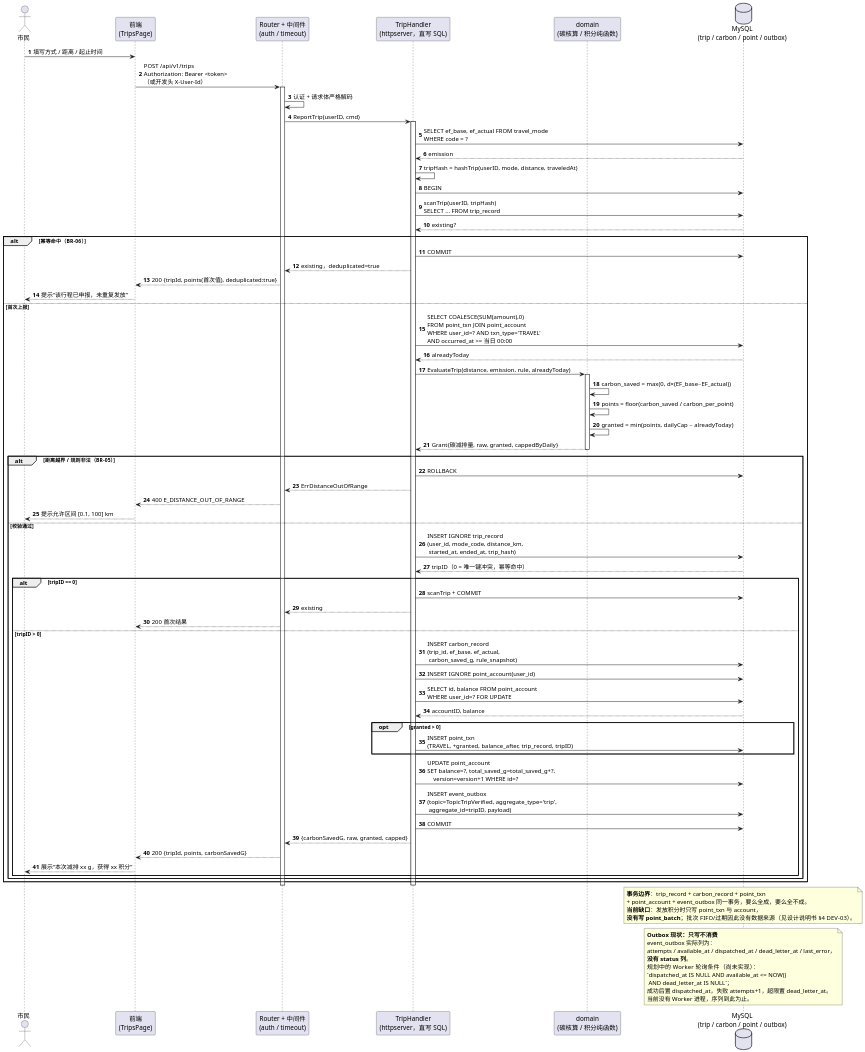
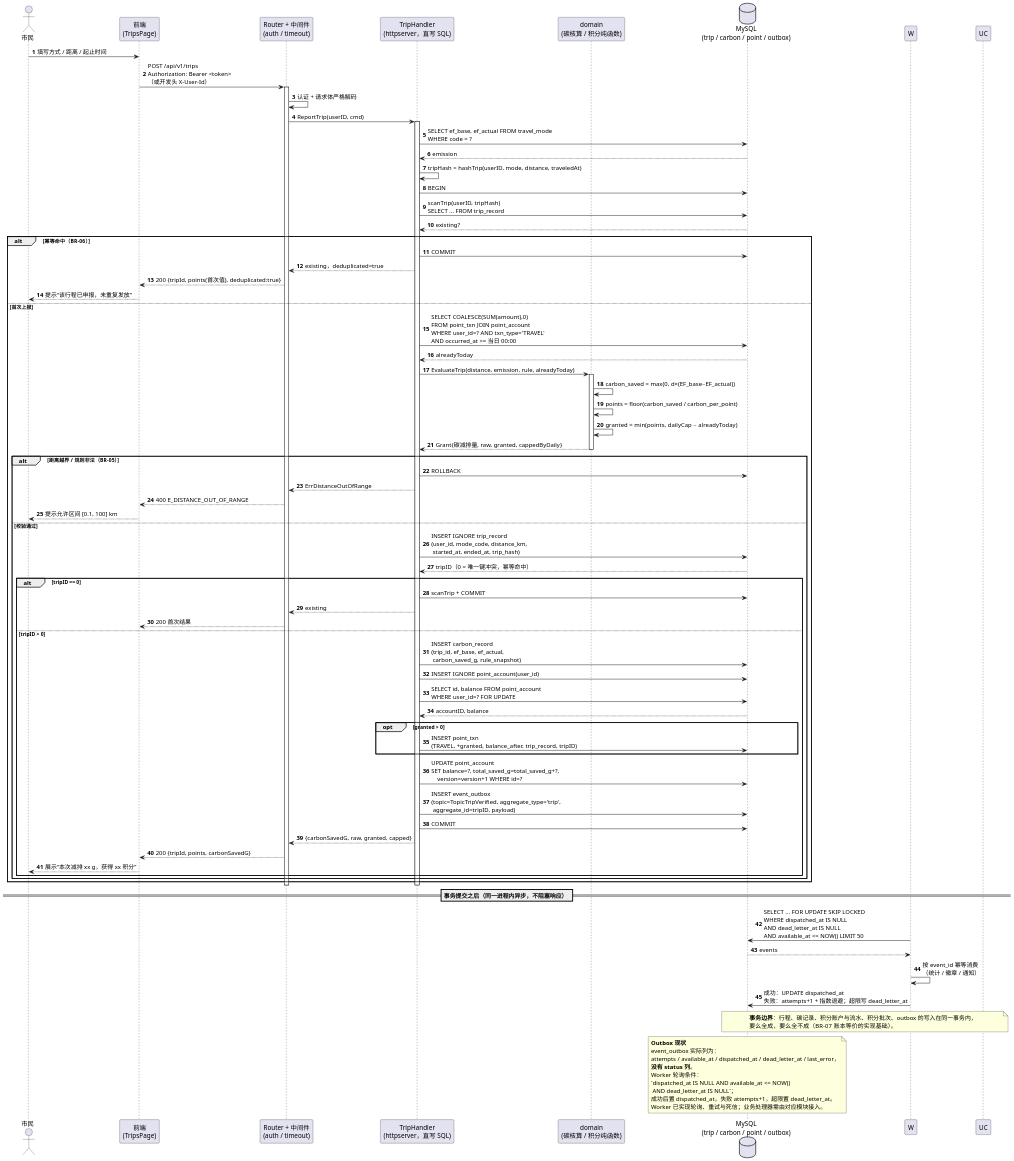
The diagram in docs/uml/09-序列图-行程上报.puml (chiyan11/green-travel-points), drawn with PlantUML before and after one commit. The commit also changed 9 other files, not shown here.

```diff
--- a/docs/uml/09-序列图-行程上报.puml
+++ b/docs/uml/09-序列图-行程上报.puml
@@ -1,98 +1,103 @@
 @startuml 图2-4 序列图：上报出行行程（UC-02 用例实现）
 ' 依据：需求规格说明书 §2.3.2 UC-02；实际代码 apps/api/internal/httpserver/trips.go（2026-11-24）
 ' 事实：没有 internal/usecase；TripHandler 直接持有 *sql.DB；Token 为自签 HMAC，不是标准 JWT
 
 skinparam defaultFontName "Microsoft YaHei"
 skinparam dpi 150
 skinparam shadowing false
 autonumber
 
 actor "市民" as U
 participant "前端\n(TripsPage)" as FE
 participant "Router + 中间件\n(auth / timeout)" as API
 participant "TripHandler\n(httpserver，直写 SQL)" as H
 participant "domain\n(碳核算 / 积分纯函数)" as D
 database "MySQL\n(trip / carbon / point / outbox)" as DB
 
 U -> FE : 填写方式 / 距离 / 起止时间
 FE -> API : POST /api/v1/trips\nAuthorization: Bearer <token>\n（或开发头 X-User-Id）
 activate API
 API -> API : 认证 + 请求体严格解码
 API -> H : ReportTrip(userID, cmd)
 activate H
 
 H -> DB : SELECT ef_base, ef_actual FROM travel_mode\nWHERE code = ?
 DB --> H : emission
 H -> H : tripHash = hashTrip(userID, mode, distance, traveledAt)
 H -> DB : BEGIN
 H -> DB : scanTrip(userID, tripHash)\nSELECT ... FROM trip_record
 DB --> H : existing?
 
 alt 幂等命中（BR-06）
   H -> DB : COMMIT
   H --> API : existing，deduplicated=true
   API --> FE : 200 {tripId, points(首次值), deduplicated:true}
   FE --> U : 提示“该行程已申报，未重复发放”
 else 首次上报
   H -> DB : SELECT COALESCE(SUM(amount),0)\nFROM point_txn JOIN point_account\nWHERE user_id=? AND txn_type='TRAVEL'\nAND occurred_at >= 当日 00:00
   DB --> H : alreadyToday
   H -> D : EvaluateTrip(distance, emission, rule, alreadyToday)
   activate D
   D -> D : carbon_saved = max(0, d×(EF_base−EF_actual))
   D -> D : points = floor(carbon_saved / carbon_per_point)
   D -> D : granted = min(points, dailyCap − alreadyToday)
   D --> H : Grant{碳减排量, raw, granted, cappedByDaily}
   deactivate D
 
   alt 距离越界 / 规则非法（BR-05）
     H -> DB : ROLLBACK
     H --> API : ErrDistanceOutOfRange
     API --> FE : 400 E_DISTANCE_OUT_OF_RANGE
     FE --> U : 提示允许区间 [0.1, 100] km
   else 校验通过
     H -> DB : INSERT IGNORE trip_record\n(user_id, mode_code, distance_km,\n started_at, ended_at, trip_hash)
     DB --> H : tripID（0 = 唯一键冲突，幂等命中）
     alt tripID == 0
       H -> DB : scanTrip + COMMIT
       H --> API : existing
       API --> FE : 200 首次结果
     else tripID > 0
       H -> DB : INSERT carbon_record\n(trip_id, ef_base, ef_actual,\n carbon_saved_g, rule_snapshot)
       H -> DB : INSERT IGNORE point_account(user_id)
       H -> DB : SELECT id, balance FROM point_account\nWHERE user_id=? FOR UPDATE
       DB --> H : accountID, balance
       opt granted > 0
         H -> DB : INSERT point_txn\n(TRAVEL, +granted, balance_after, trip_record, tripID)
       end
       H -> DB : UPDATE point_account\nSET balance=?, total_saved_g=total_saved_g+?,\n    version=version+1 WHERE id=?
       H -> DB : INSERT event_outbox\n(topic=TopicTripVerified, aggregate_type='trip',\n aggregate_id=tripID, payload)
       H -> DB : COMMIT
       H --> API : {carbonSavedG, raw, granted, capped}
       API --> FE : 200 {tripId, points, carbonSavedG}
       FE --> U : 展示“本次减排 xx g，获得 xx 积分”
     end
   end
 end
 deactivate H
 deactivate API
 
-note over DB
-  **事务边界**：trip_record + carbon_record + point_txn
-  + point_account + event_outbox 同一事务，要么全成，要么全不成。
-  **当前缺口**：发放积分时只写 point_txn 与 account，
-  **没有写 point_batch**；批次 FIFO/过期因此没有数据来源（见设计说明书 §4 DEV-03）。
+== 事务提交之后（同一进程内异步，不阻塞响应） ==
+
+W -> DB : SELECT ... FOR UPDATE SKIP LOCKED\nWHERE dispatched_at IS NULL\nAND dead_letter_at IS NULL\nAND available_at <= NOW() LIMIT 50
+DB --> W : events
+W -> W : 按 event_id 幂等消费\n（统计 / 徽章 / 通知）
+W -> DB : 成功：UPDATE dispatched_at\n失败：attempts+1 + 指数退避；超限写 dead_letter_at
+
+note over UC, DB
+  **事务边界**：行程、碳记录、积分账户与流水、积分批次、outbox 的写入在同一事务内，
+  要么全成，要么全不成（BR-07 账本等价的实现基础）。
 end note
 
 note over DB
-  **Outbox 现状：只写不消费**
+  **Outbox 现状**
   event_outbox 实际列为：
   attempts / available_at / dispatched_at / dead_letter_at / last_error，
   **没有 status 列**。
-  规划中的 Worker 轮询条件（尚未实现）：
+  Worker 轮询条件：
   `dispatched_at IS NULL AND available_at <= NOW()
    AND dead_letter_at IS NULL`；
   成功后置 dispatched_at，失败 attempts+1，超限置 dead_letter_at。
-  当前没有 Worker 进程，序列到此为止。
+  Worker 已实现轮询、重试与死信；业务处理器需由对应模块接入。
 end note
 
 @enduml
```
